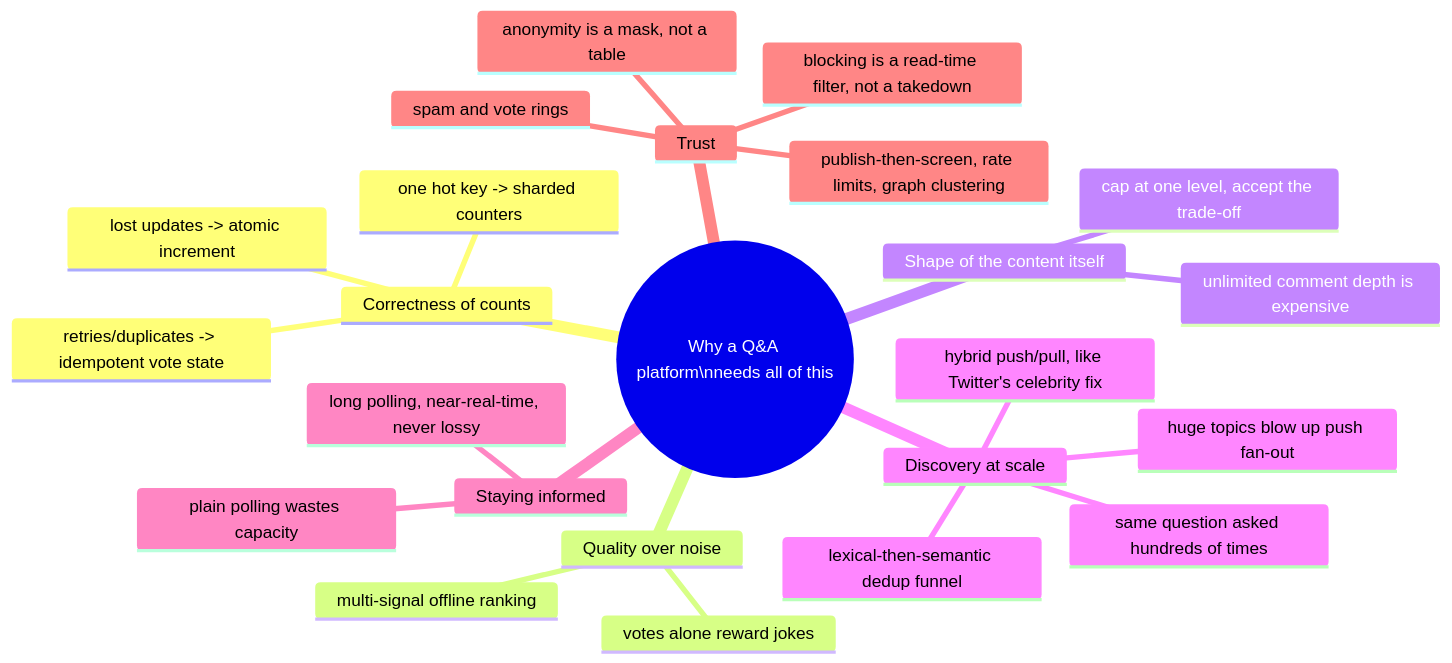
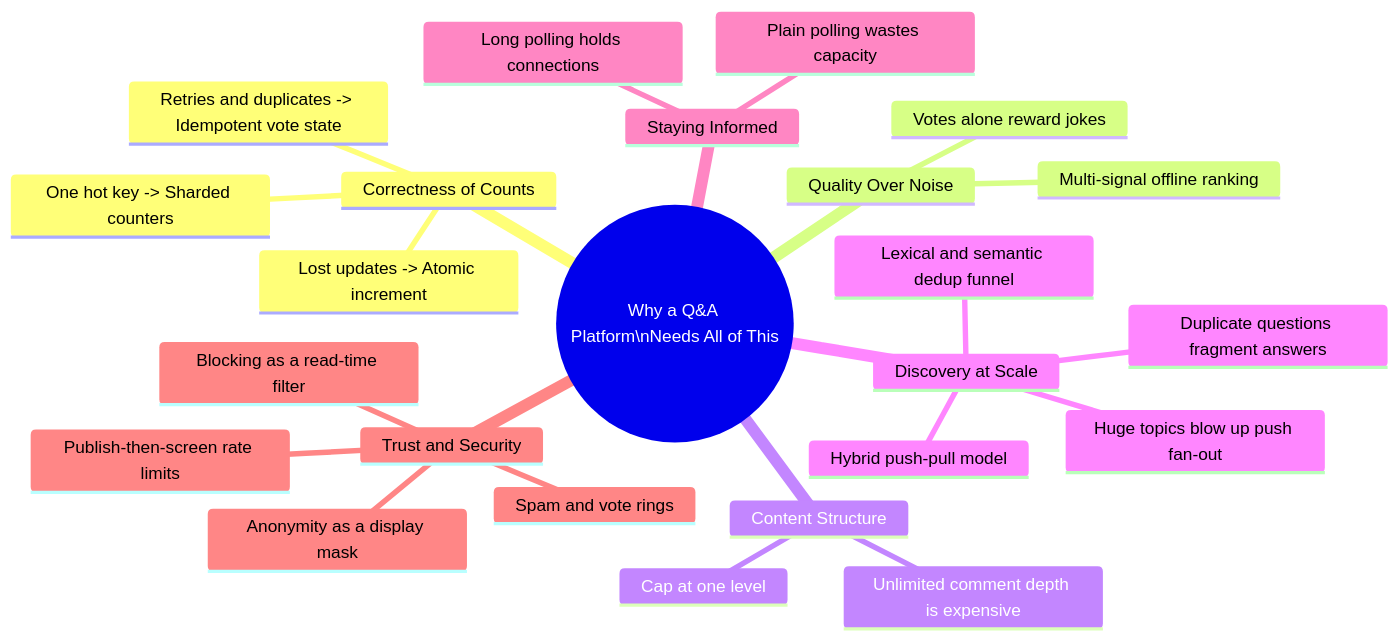
One commit to riyaz-pasha/Learnings changed diagram 15 of 15 in system-design/HLD/0-course/27-Design Quora-FAANG-Guide-story.md. Above: the diagram before and after it, drawn with Mermaid. The commit also changed other lines of this file and 1 other file, not shown here.

Commit message:
docs: simplify language, expand examples, and fix mermaid diagrams in Quora guide

````diff
--- a/system-design/HLD/0-course/27-Design Quora-FAANG-Guide-story.md
+++ b/system-design/HLD/0-course/27-Design Quora-FAANG-Guide-story.md
@@ -381,27 +761,27 @@
 ```mermaid
 mindmap
-  root((Why a Q&A platform\nneeds all of this))
-    Correctness of counts
-      lost updates -> atomic increment
-      one hot key -> sharded counters
-      retries/duplicates -> idempotent vote state
-    Quality over noise
-      votes alone reward jokes
-      multi-signal offline ranking
-    Shape of the content itself
-      unlimited comment depth is expensive
-      cap at one level, accept the trade-off
-    Discovery at scale
-      huge topics blow up push fan-out
-      hybrid push/pull, like Twitter's celebrity fix
-      same question asked hundreds of times
-      lexical-then-semantic dedup funnel
-    Staying informed
-      plain polling wastes capacity
-      long polling, near-real-time, never lossy
-    Trust
-      spam and vote rings
-      publish-then-screen, rate limits, graph clustering
-      anonymity is a mask, not a table
-      blocking is a read-time filter, not a takedown
+  root((Why a Q&A Platform\nNeeds All of This))
+    Correctness of Counts
+      Lost updates -> Atomic increment
+      One hot key -> Sharded counters
+      Retries and duplicates -> Idempotent vote state
+    Quality Over Noise
+      Votes alone reward jokes
+      Multi-signal offline ranking
+    Content Structure
+      Unlimited comment depth is expensive
+      Cap at one level
+    Discovery at Scale
+      Huge topics blow up push fan-out
+      Hybrid push-pull model
+      Duplicate questions fragment answers
+      Lexical and semantic dedup funnel
+    Staying Informed
+      Plain polling wastes capacity
+      Long polling holds connections
+    Trust and Security
+      Spam and vote rings
+      Publish-then-screen rate limits
+      Anonymity as a display mask
+      Blocking as a read-time filter
 ```
````
